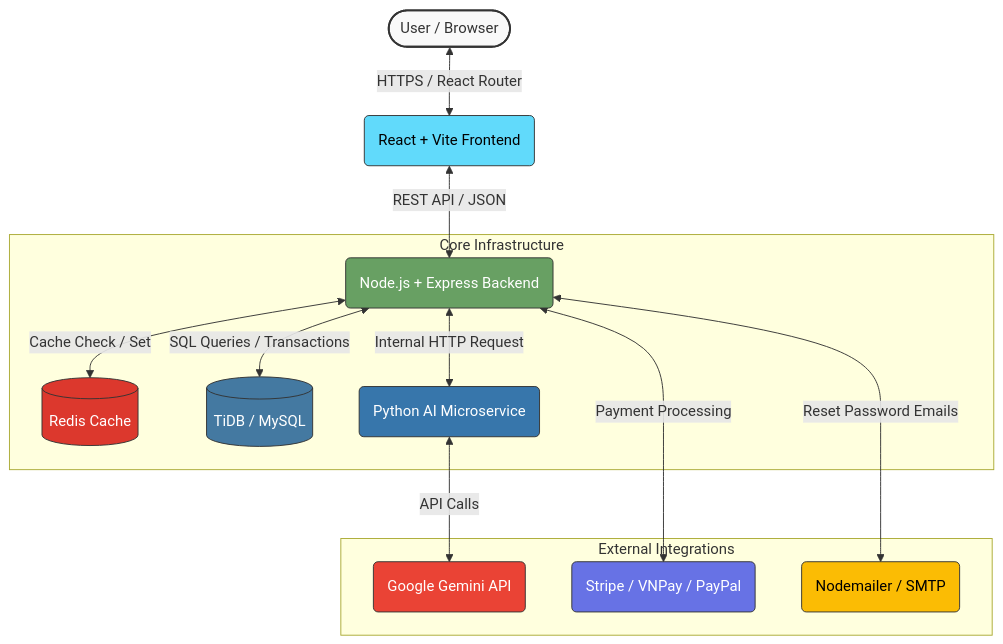
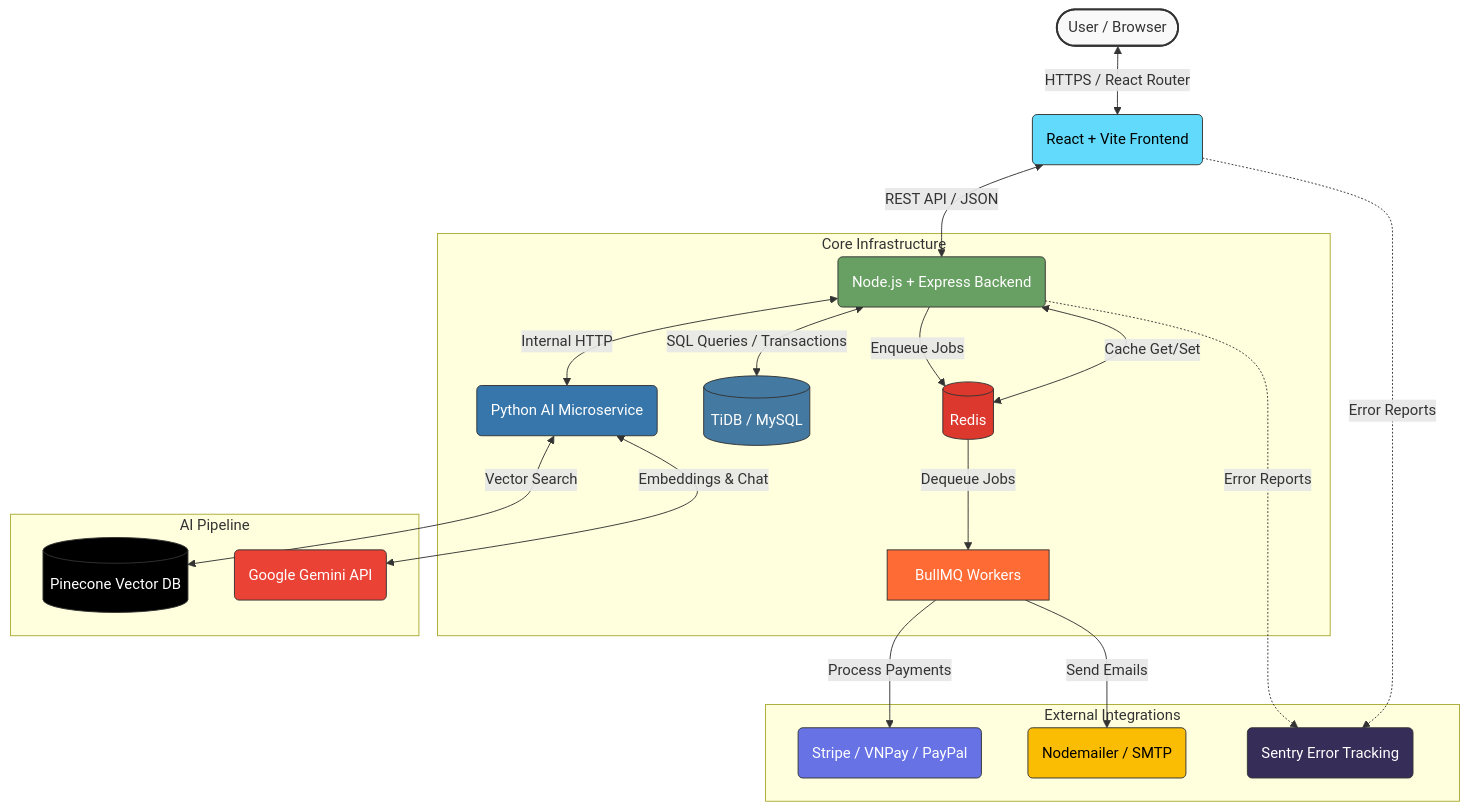
Before and after one commit to dhp-exe/e-commercial-project: the first of 3 diagrams in README.md, drawn with Mermaid. The commit also changed other lines of this file, not shown here.

````diff
--- a/README.md
+++ b/README.md
@@ -74,40 +95,56 @@
 ```mermaid
 graph TD
     %% Define Nodes
     User([User / Browser])
     Frontend(React + Vite Frontend)
     Backend(Node.js + Express Backend)
-    Redis[(Redis Cache)]
+    Redis[(Redis)]
     TiDB[(TiDB / MySQL)]
     AIService(Python AI Microservice)
+    Pinecone[(Pinecone Vector DB)]
     Gemini(Google Gemini API)
     Payments(Stripe / VNPay / PayPal)
     Email(Nodemailer / SMTP)
+    Sentry(Sentry Error Tracking)
+
+    %% BullMQ Workers
+    Workers[BullMQ Workers]
 
     %% Define Connections
     User <-->|HTTPS / React Router| Frontend
     Frontend <-->|REST API / JSON| Backend
+    Frontend -.->|Error Reports| Sentry
     
     subgraph Core Infrastructure
-        Backend <-->|Cache Check / Set| Redis
+        Backend <-->|Cache Get/Set| Redis
+        Backend -->|Enqueue Jobs| Redis
+        Redis -->|Dequeue Jobs| Workers
         Backend <-->|SQL Queries / Transactions| TiDB
-        Backend <-->|Internal HTTP Request| AIService
+        Backend <-->|Internal HTTP| AIService
+    end
+
+    subgraph AI Pipeline
+        AIService <-->|Embeddings & Chat| Gemini
+        AIService <-->|Vector Search| Pinecone
     end
 
     subgraph External Integrations
-        AIService <-->|API Calls| Gemini
-        Backend <-->|Payment Processing| Payments
-        Backend <-->|Reset Password Emails| Email
+        Workers -->|Send Emails| Email
+        Workers -->|Process Payments| Payments
+        Backend -.->|Error Reports| Sentry
     end
 
     %% Styling
     style User fill:#f9f9f9,stroke:#333,stroke-width:2px
     style Frontend fill:#61dafb,stroke:#333,color:#000
     style Backend fill:#68a063,stroke:#333,color:#fff
     style Redis fill:#dc382d,stroke:#333,color:#fff
     style TiDB fill:#4479a1,stroke:#333,color:#fff
     style AIService fill:#3776ab,stroke:#333,color:#fff
+    style Pinecone fill:#000000,stroke:#333,color:#fff
     style Gemini fill:#ea4335,stroke:#333,color:#fff
     style Payments fill:#6772e5,stroke:#333,color:#fff
     style Email fill:#fbbc04,stroke:#333,color:#000
+    style Workers fill:#ff6b35,stroke:#333,color:#fff
+    style Sentry fill:#362d59,stroke:#333,color:#fff
 ```
````
